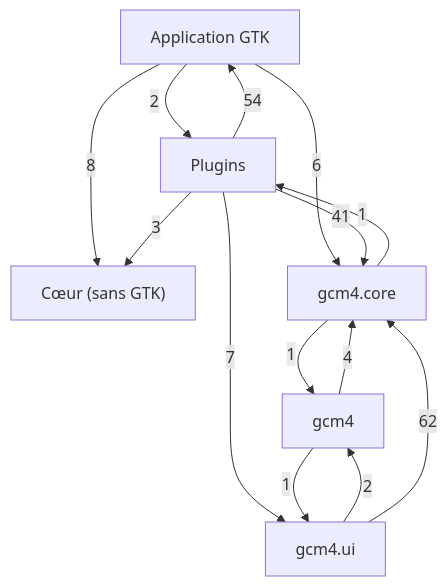
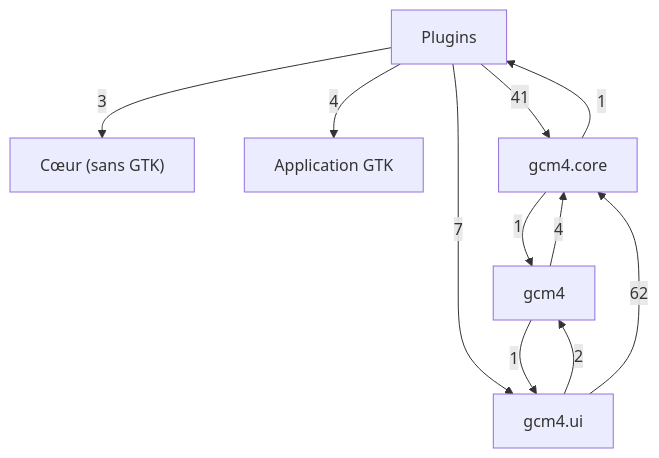
One commit to Mathilde-Team/Gcm4 changed the first of 7 diagrams in docs/class-diagram.md. Above: the diagram before and after it, drawn with Mermaid. The commit also changed other lines of this file and 117 other files, not shown here.

````diff
--- a/docs/class-diagram.md
+++ b/docs/class-diagram.md
@@ -21,22 +21,19 @@
 ```mermaid
 flowchart TD
     g0["Cœur (sans GTK)"]
     g1["Application GTK"]
     g2["Plugins"]
     g3["gcm4"]
     g4["gcm4.core"]
     g5["gcm4.ui"]
-    g1 -->|8| g0
-    g1 -->|2| g2
-    g1 -->|6| g4
-    g2 -->|54| g1
+    g2 -->|4| g1
     g2 -->|3| g0
     g2 -->|41| g4
     g2 -->|7| g5
     g3 -->|4| g4
     g3 -->|1| g5
     g4 -->|1| g2
     g4 -->|1| g3
     g5 -->|2| g3
     g5 -->|62| g4
 ```
````
